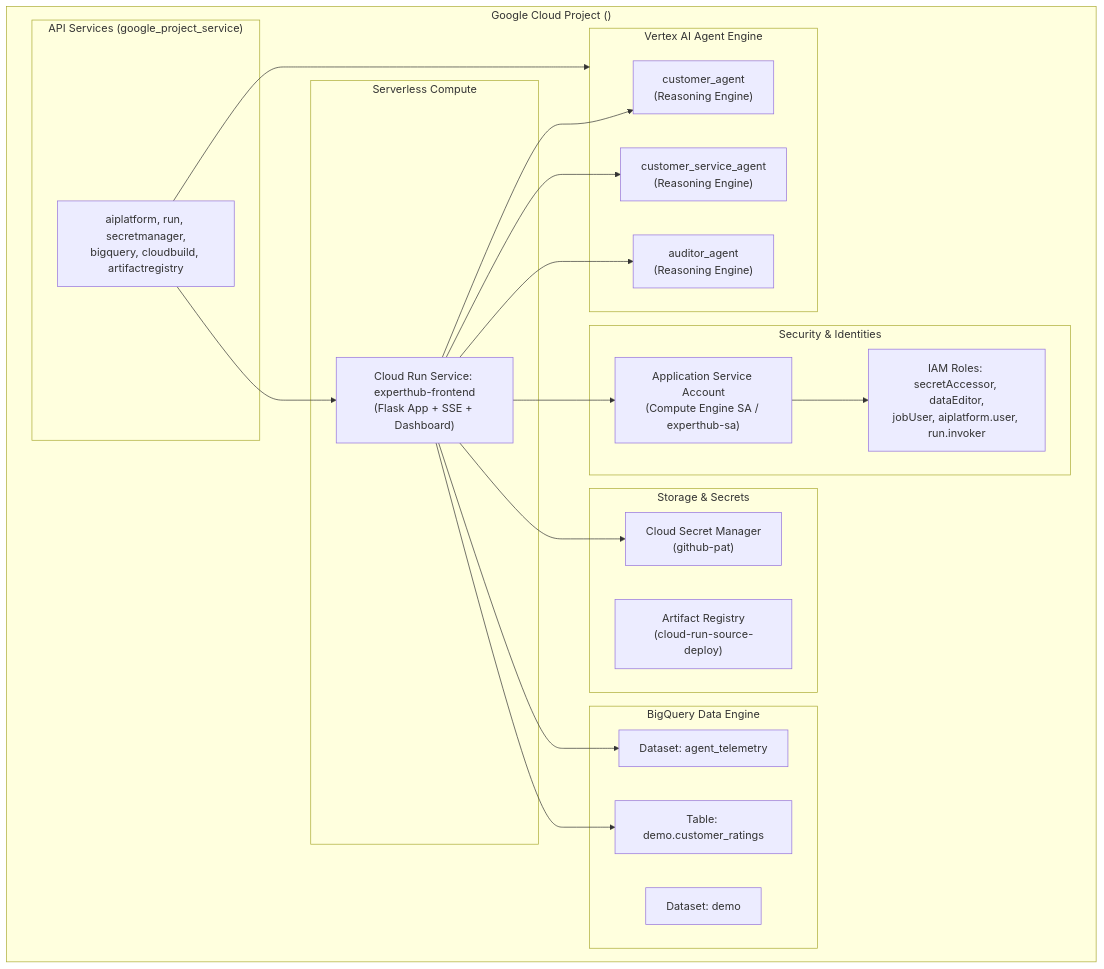
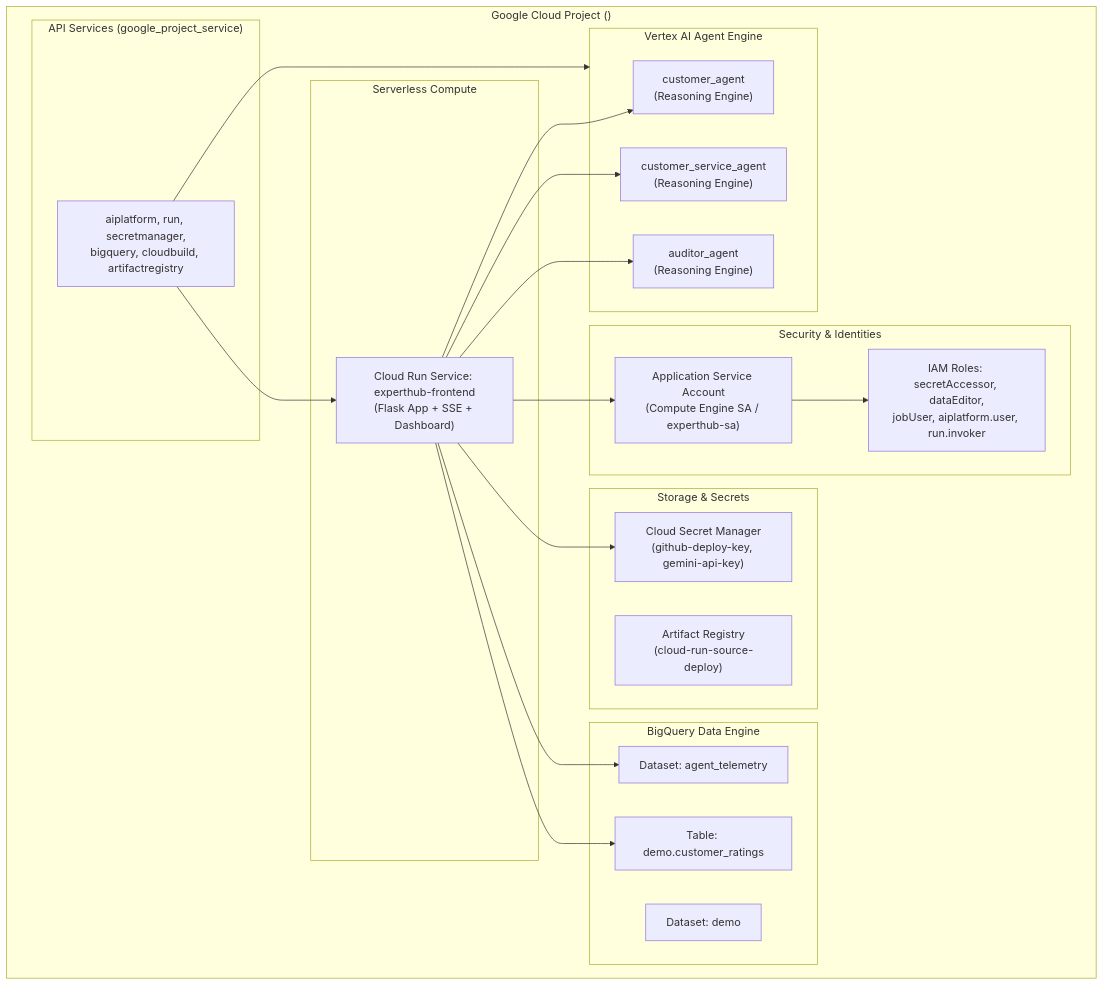
The diagram in terraform/README.md (gshilo/experthub), drawn with Mermaid before and after one commit. The commit also changed other lines of this file and 12 other files, not shown here.

Commit message:
chore(infra,frontend): migrate OKF context sync from GCS to GitHub deploy key

````diff
--- a/terraform/README.md
+++ b/terraform/README.md
@@ -11,45 +11,45 @@
 ```mermaid
 flowchart TD
     subgraph GCP["Google Cloud Project (<YOUR_PROJECT_ID>)"]
         subgraph Services["API Services (google_project_service)"]
             APIs["aiplatform, run, secretmanager,<br/>bigquery, cloudbuild, artifactregistry"]
         end
 
         subgraph IAM["Security & Identities"]
             SA["Application Service Account<br/>(Compute Engine SA / experthub-sa)"]
             Roles["IAM Roles: secretAccessor, dataEditor,<br/>jobUser, aiplatform.user, run.invoker"]
         end
 
         subgraph Storage_Config["Storage & Secrets"]
-            SecMgr["Cloud Secret Manager<br/>(github-pat)"]
+            SecMgr["Cloud Secret Manager<br/>(github-deploy-key, gemini-api-key)"]
             AR["Artifact Registry<br/>(cloud-run-source-deploy)"]
         end
 
         subgraph Observability["BigQuery Data Engine"]
             BQTele["Dataset: agent_telemetry"]
             BQDemo["Dataset: demo"]
             BQTable["Table: demo.customer_ratings"]
         end
 
         subgraph Compute["Serverless Compute"]
             CloudRun["Cloud Run Service: experthub-frontend<br/>(Flask App + SSE + Dashboard)"]
         end
 
         subgraph AgentEngine["Vertex AI Agent Engine"]
             CustAgent["customer_agent<br/>(Reasoning Engine)"]
             CSAgent["customer_service_agent<br/>(Reasoning Engine)"]
             AudAgent["auditor_agent<br/>(Reasoning Engine)"]
         end
     end
 
     APIs --> CloudRun
     APIs --> AgentEngine
     SA --> Roles
     CloudRun --> SA
     CloudRun --> SecMgr
     CloudRun --> BQTele
     CloudRun --> BQTable
     CloudRun --> CustAgent
     CloudRun --> CSAgent
     CloudRun --> AudAgent
 ```
````
